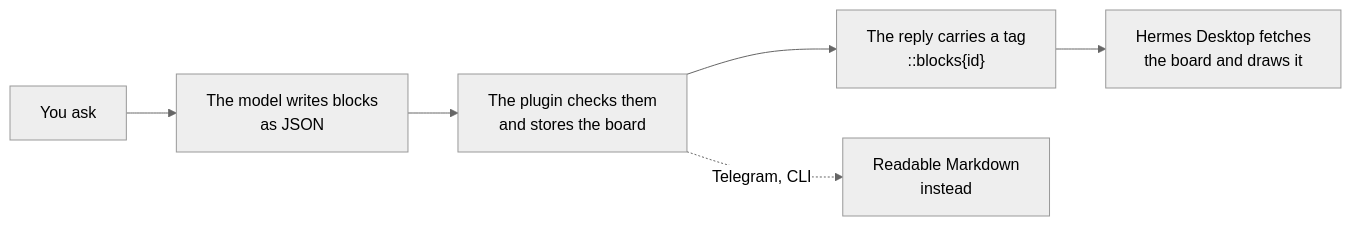
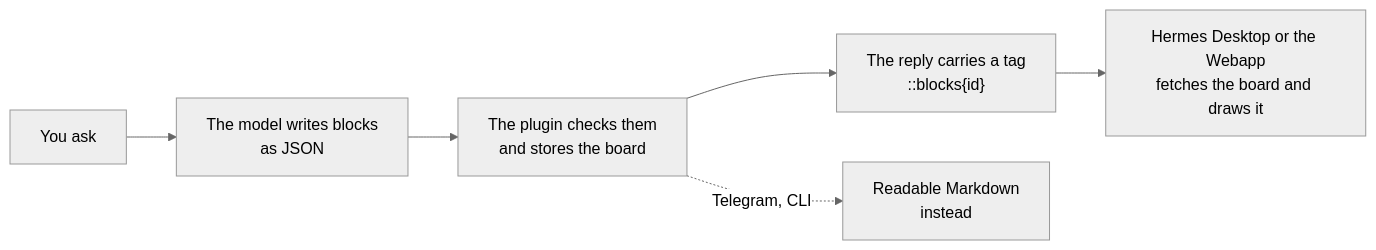
The first of 2 diagrams in README.md (apoapostolov/hermes-genui), drawn with Mermaid (neutral theme) before and after one commit. The commit also changed other lines of this file and 144 other files, not shown here.

````diff
--- a/README.md
+++ b/README.md
@@ -172,8 +320,8 @@
 ```mermaid
 flowchart LR
   A["You ask"] --> B["The model writes blocks<br/>as JSON"]
   B --> C["The plugin checks them<br/>and stores the board"]
   C --> D["The reply carries a tag<br/>::blocks{id}"]
-  D --> E["Hermes Desktop fetches<br/>the board and draws it"]
+  D --> E["Hermes Desktop or the Webapp<br/>fetches the board and draws it"]
   C -. "Telegram, CLI" .-> F["Readable Markdown<br/>instead"]
 ```
````
